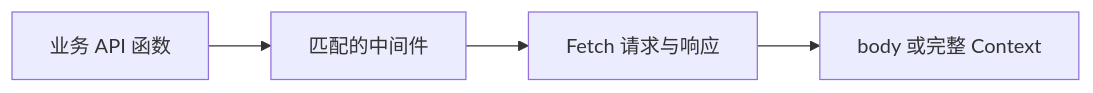
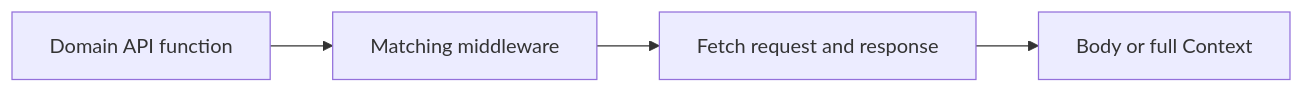
One commit to momojs/momo changed the diagram in website/content/docs/drive/index.mdx. Above: the diagram before and after it, drawn with Mermaid. The commit also changed other lines of this file and 187 other files, not shown here.

````diff
--- a/website/content/docs/drive/index.mdx
+++ b/website/content/docs/drive/index.mdx
@@ -73,6 +73,6 @@
 ```mermaid
 flowchart LR
-  A["业务 API 函数"] --> B["匹配的中间件"]
-  B --> C["Fetch 请求与响应"]
-  C --> D["body 或完整 Context"]
+  A["Domain API function"] --> B["Matching middleware"]
+  B --> C["Fetch request and response"]
+  C --> D["Body or full Context"]
 ```
````
